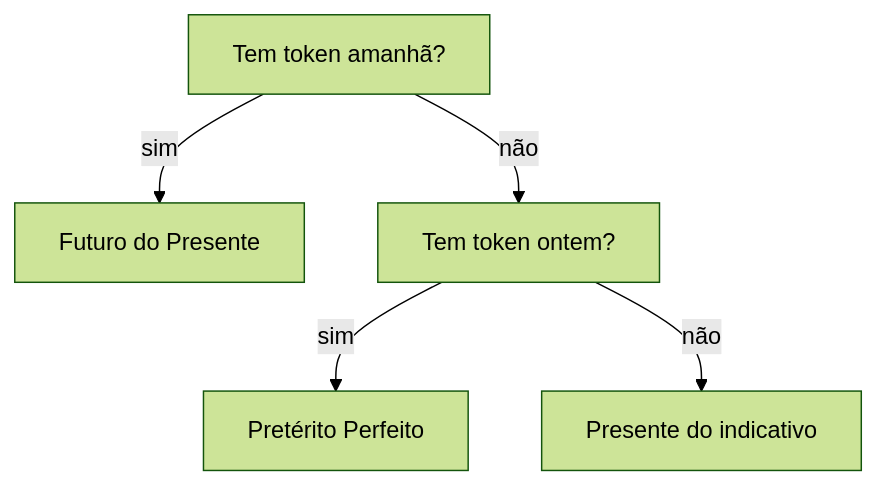
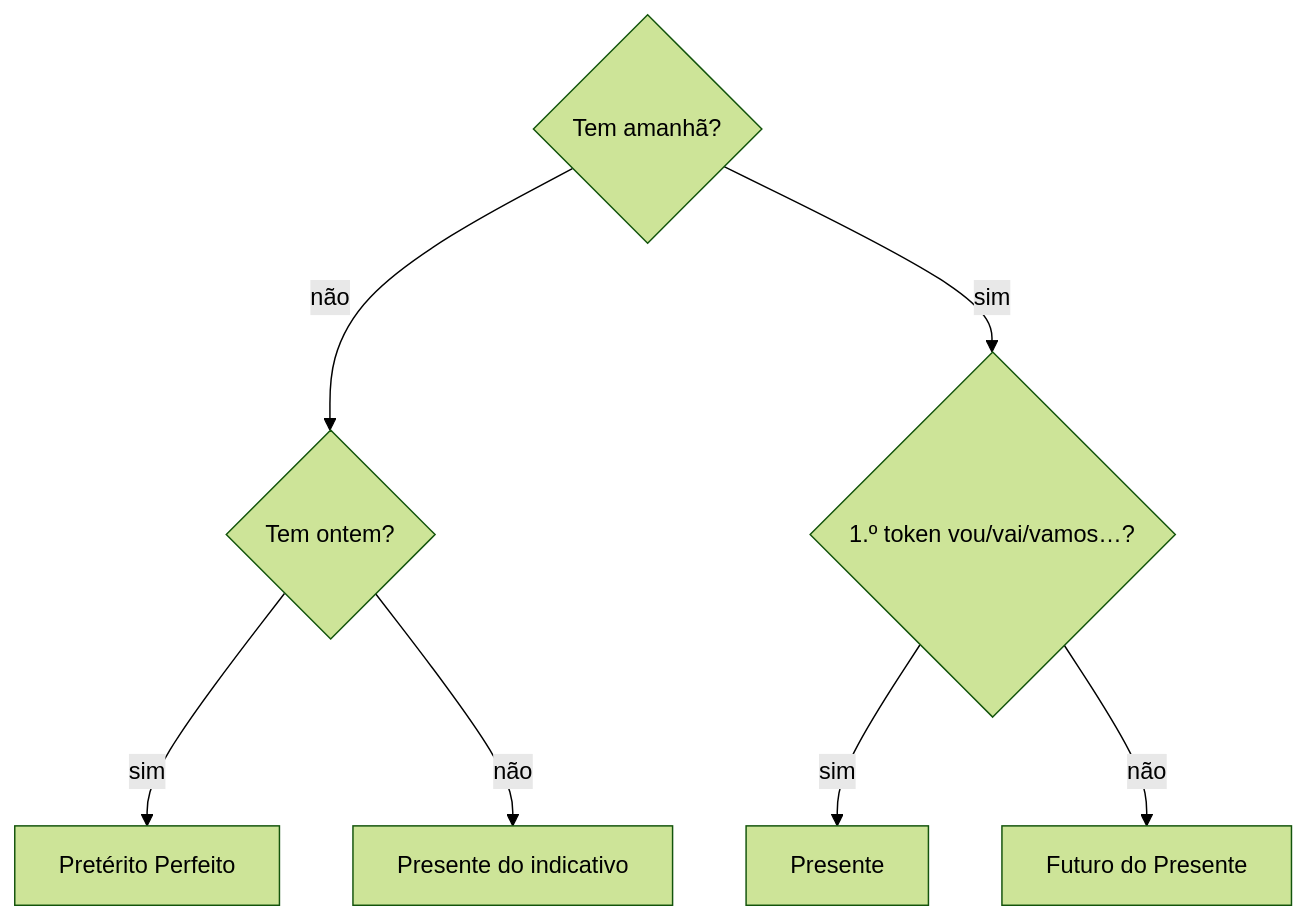
Before and after one commit to aac-ai-lab/conjug.ai: the fourth of 6 diagrams in docs/diagrama.md, drawn with Mermaid (forest theme). The commit also changed other lines of this file and 5 other files, not shown here.

First line of the commit message:
Atualiza diagramas e documentação para maior clareza

````diff
--- a/docs/diagrama.md
+++ b/docs/diagrama.md
@@ -59,7 +61,9 @@
 ```mermaid
 flowchart TD
-  T0[Tem token amanhã?] -->|sim| TF[Futuro do Presente]
-  T0 -->|não| T1[Tem token ontem?]
+  T0{Tem amanhã?} -->|não| T1{Tem ontem?}
+  T0 -->|sim| P1{1.º token vou/vai/vamos…?}
+  P1 -->|sim| TN0[Presente]
+  P1 -->|não| TF[Futuro do Presente]
   T1 -->|sim| TP[Pretérito Perfeito]
   T1 -->|não| TN[Presente do indicativo]
 ```
````
